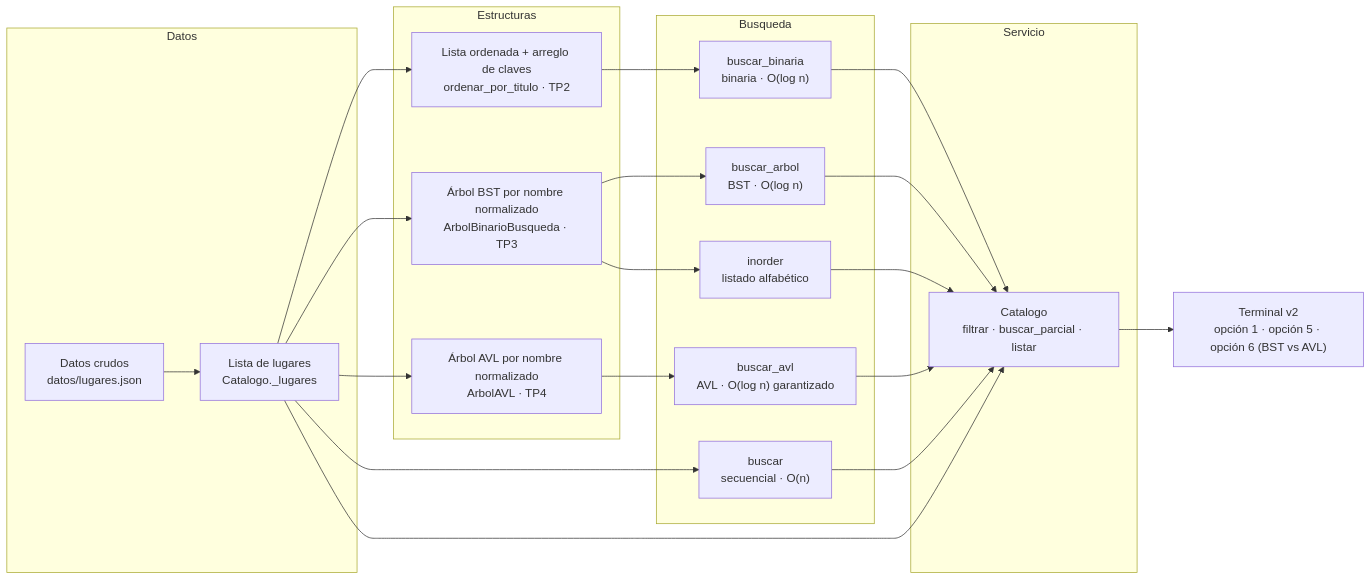
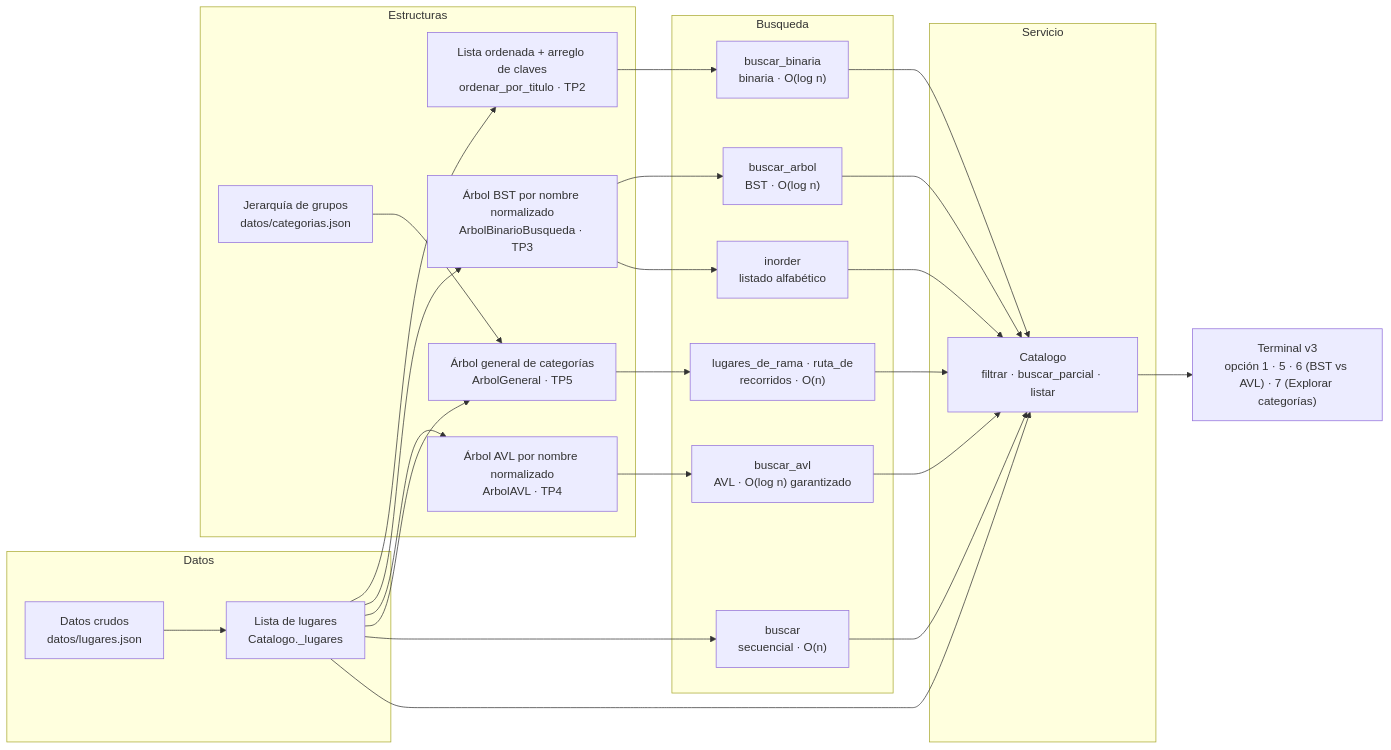
Before and after one commit to BrunoSam/TP-Integrador-DondeVamos: the diagram in docs/04-diagrama-datos.md, drawn with Mermaid. The commit also changed other lines of this file and 7 other files, not shown here.

Commit message:
TP5: documenta el arbol general y actualiza los diagramas

````diff
--- a/docs/04-diagrama-datos.md
+++ b/docs/04-diagrama-datos.md
@@ -12,31 +12,35 @@
 ```mermaid
 graph LR
     subgraph Datos
         RAW["Datos crudos<br/>datos/lugares.json"] --> LISTA["Lista de lugares<br/>Catalogo._lugares"]
     end
 
     subgraph Estructuras
         LISTA --> ORD["Lista ordenada + arreglo de claves<br/>ordenar_por_titulo · TP2"]
         LISTA --> BST["Árbol BST por nombre normalizado<br/>ArbolBinarioBusqueda · TP3"]
         LISTA --> AVL["Árbol AVL por nombre normalizado<br/>ArbolAVL · TP4"]
+        LISTA --> ARBCAT["Árbol general de categorías<br/>ArbolGeneral · TP5"]
+        JER["Jerarquía de grupos<br/>datos/categorias.json"] --> ARBCAT
     end
 
     subgraph Busqueda
         LISTA --> S1["buscar<br/>secuencial · O(n)"]
         ORD --> S2["buscar_binaria<br/>binaria · O(log n)"]
         BST --> S3["buscar_arbol<br/>BST · O(log n)"]
         AVL --> S5["buscar_avl<br/>AVL · O(log n) garantizado"]
         BST --> S4["inorder<br/>listado alfabético"]
+        ARBCAT --> S6["lugares_de_rama · ruta_de<br/>recorridos · O(n)"]
     end
 
     subgraph Servicio
         S1 --> CAT["Catalogo<br/>filtrar · buscar_parcial · listar"]
         S2 --> CAT
         S3 --> CAT
         S5 --> CAT
         S4 --> CAT
+        S6 --> CAT
         LISTA --> CAT
     end
 
-    CAT --> UI["Terminal v2<br/>opción 1 · opción 5 · opción 6 (BST vs AVL)"]
+    CAT --> UI["Terminal v3<br/>opción 1 · 5 · 6 (BST vs AVL) · 7 (Explorar categorías)"]
 ```
````
